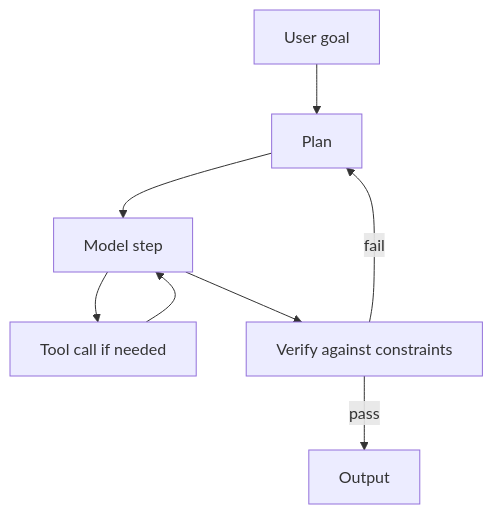
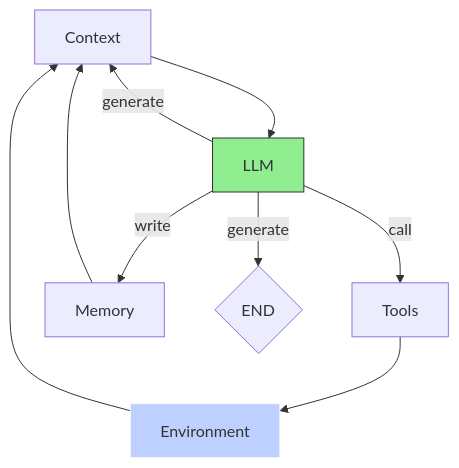
Before and after one commit to finnoh/ws_genai_eb: the third of 3 diagrams in slides/blocks/day1/day1_block2.qmd, drawn with Mermaid. The commit also changed other lines of this file and 63 other files, not shown here.

````diff
--- a/slides/blocks/day1/day1_block2.qmd
+++ b/slides/blocks/day1/day1_block2.qmd
@@ -119,10 +106,18 @@
 ```{mermaid}
+
 flowchart TD
-  U[User goal] --> P[Plan]
-  P --> M[Model step]
-  M --> T[Tool call if needed]
-  T --> M
-  M --> V[Verify against constraints]
-  V -->|pass| O[Output]
-  V -->|fail| P
+  C[Context] --> A[LLM]
+  
+  A -->|call| T[Tools]
+  A -->|write| M[Memory]
+  A -->|generate| END{END}
+  A -->|generate| C
+  
+  T --> E[Environment]
+  M --> C
+  E --> C
+
+  style A fill:#90EE90,stroke:#333,stroke-width:1px
+  style E fill:#bdd0ff,stroke:#f7f9fa,stroke-width:1px
+  
 ```
````
